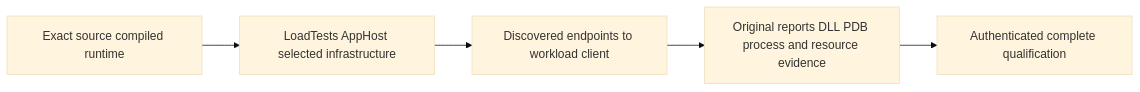
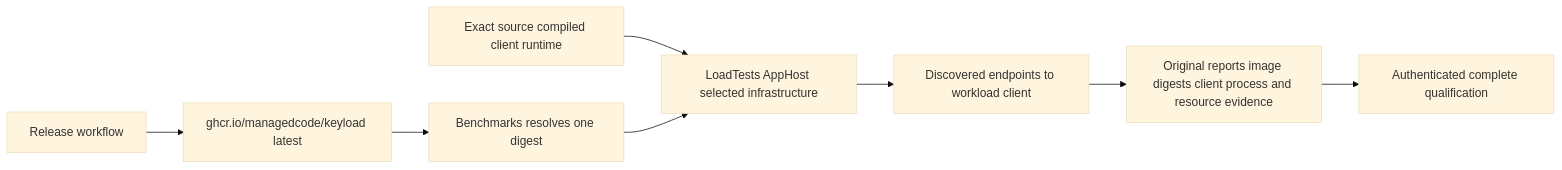
The first of 11 diagrams in docs/Features/BenchmarkComparisons.md (managedcode/KeyLoad), drawn with Mermaid (base theme) before and after one commit. The commit also changed other lines of this file and 32 other files, not shown here.

````diff
--- a/docs/Features/BenchmarkComparisons.md
+++ b/docs/Features/BenchmarkComparisons.md
@@ -113,7 +128,10 @@
 ```mermaid
 flowchart LR
-    GitHub[Exact source compiled runtime] --> Host[LoadTests AppHost selected infrastructure]
+    Release[Release workflow] --> Registry[ghcr.io/managedcode/keyload latest]
+    Registry --> Resolve[Benchmarks resolves one digest]
+    GitHub[Exact source compiled client runtime] --> Host[LoadTests AppHost selected infrastructure]
+    Resolve --> Host
     Host --> Client[Discovered endpoints to workload client]
-    Client --> Artifact[Original reports DLL PDB process and resource evidence]
+    Client --> Artifact[Original reports image digests client process and resource evidence]
     Artifact --> Gate[Authenticated complete qualification]
 ```
````
